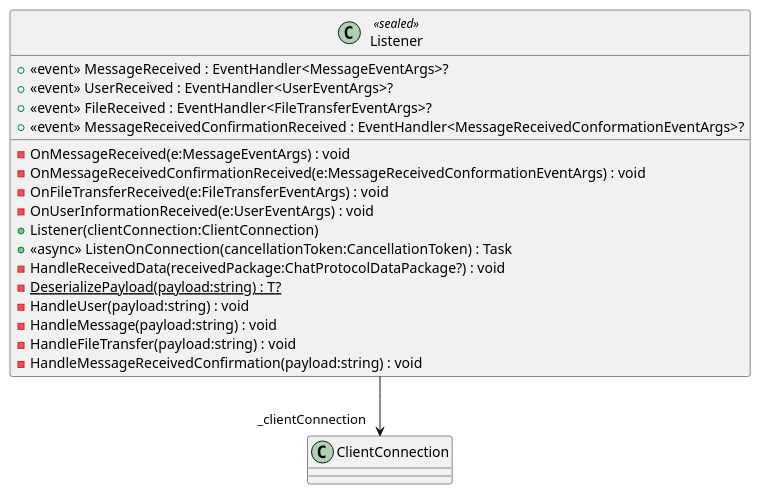
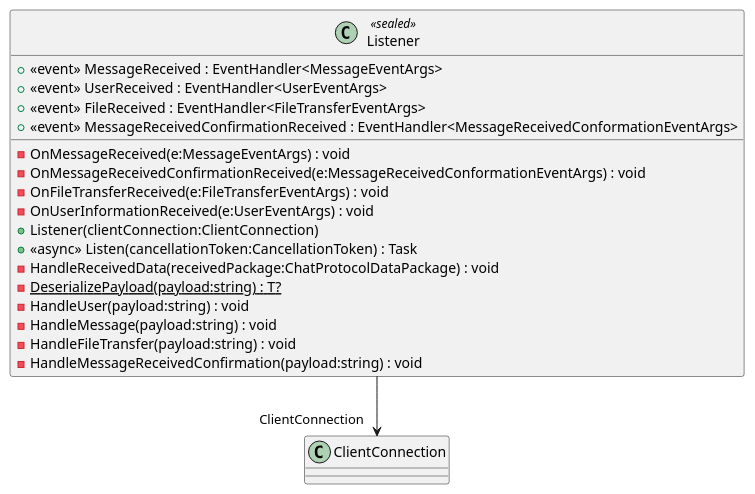
Before and after one commit to luca-weinert/chatApp: the diagram in chatApp.Server/puml/Services/ConnectionListenerService/Listener.puml, drawn with PlantUML. The commit also changed 49 other files, not shown here.

Commit message:
feat: introduce uml class diagrams

```diff
--- a/chatApp.Server/puml/Services/ConnectionListenerService/Listener.puml
+++ b/chatApp.Server/puml/Services/ConnectionListenerService/Listener.puml
@@ -1,21 +1,21 @@
 @startuml
 class Listener <<sealed>> {
-    +  <<event>> MessageReceived : EventHandler<MessageEventArgs>? 
-    +  <<event>> UserReceived : EventHandler<UserEventArgs>? 
-    +  <<event>> FileReceived : EventHandler<FileTransferEventArgs>? 
-    +  <<event>> MessageReceivedConfirmationReceived : EventHandler<MessageReceivedConformationEventArgs>? 
+    +  <<event>> MessageReceived : EventHandler<MessageEventArgs> 
+    +  <<event>> UserReceived : EventHandler<UserEventArgs> 
+    +  <<event>> FileReceived : EventHandler<FileTransferEventArgs> 
+    +  <<event>> MessageReceivedConfirmationReceived : EventHandler<MessageReceivedConformationEventArgs> 
     - OnMessageReceived(e:MessageEventArgs) : void
     - OnMessageReceivedConfirmationReceived(e:MessageReceivedConformationEventArgs) : void
     - OnFileTransferReceived(e:FileTransferEventArgs) : void
     - OnUserInformationReceived(e:UserEventArgs) : void
     + Listener(clientConnection:ClientConnection)
-    + <<async>> ListenOnConnection(cancellationToken:CancellationToken) : Task
-    - HandleReceivedData(receivedPackage:ChatProtocolDataPackage?) : void
+    + <<async>> Listen(cancellationToken:CancellationToken) : Task
+    - HandleReceivedData(receivedPackage:ChatProtocolDataPackage) : void
     - {static} DeserializePayload(payload:string) : T?
     - HandleUser(payload:string) : void
     - HandleMessage(payload:string) : void
     - HandleFileTransfer(payload:string) : void
     - HandleMessageReceivedConfirmation(payload:string) : void
 }
-Listener --> "_clientConnection" ClientConnection
+Listener --> "ClientConnection" ClientConnection
 @enduml
```
